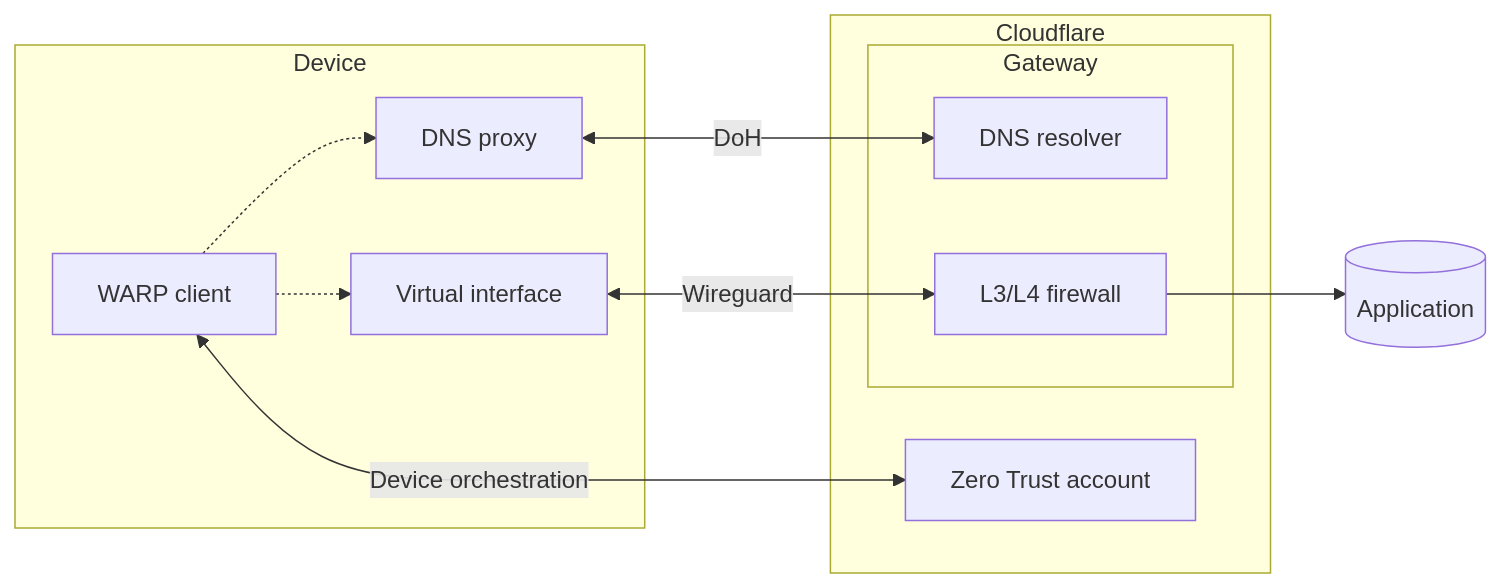
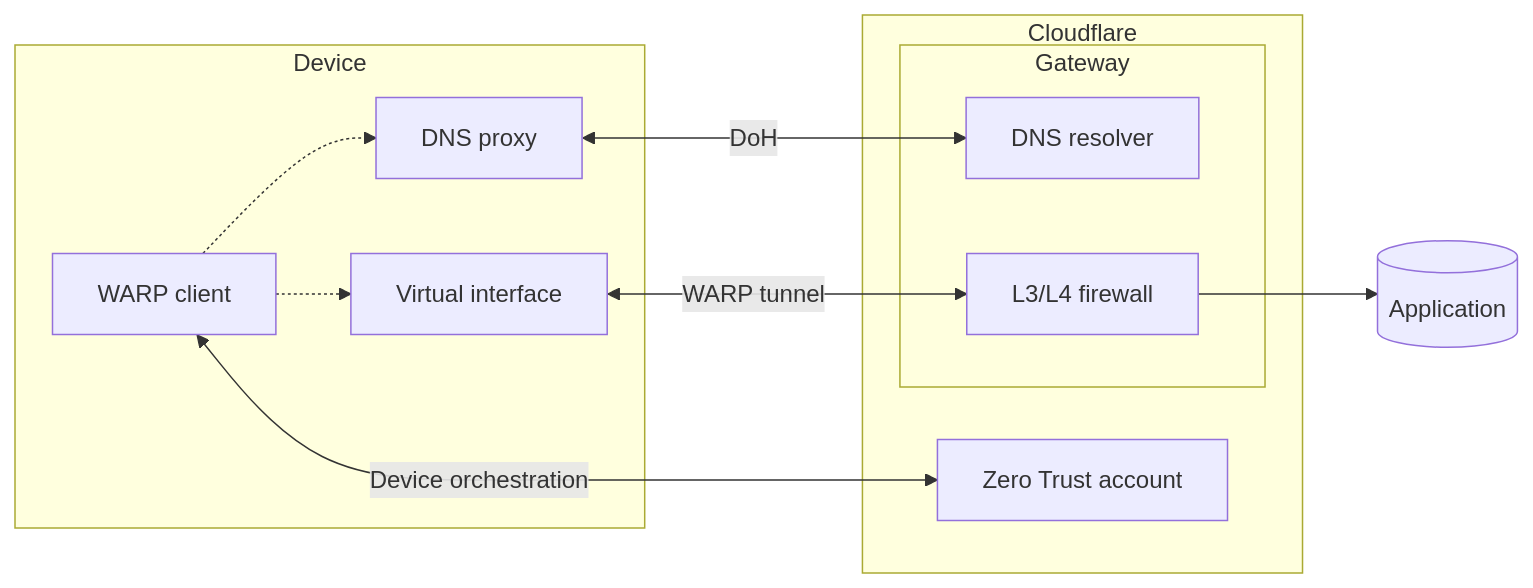
Before and after one commit to rdhanarot/cloudflare-docs: the first of 3 diagrams in content/cloudflare-one/connections/connect-devices/warp/configure-warp/route-traffic/warp-architecture.md, drawn with Mermaid. The commit also changed other lines of this file and 5 other files, not shown here.

````diff
--- a/content/cloudflare-one/connections/connect-devices/warp/configure-warp/route-traffic/warp-architecture.md
+++ b/content/cloudflare-one/connections/connect-devices/warp/configure-warp/route-traffic/warp-architecture.md
@@ -23,19 +23,19 @@
 ```mermaid
 flowchart LR
 subgraph Device
 W[WARP client] -.-> D
 D[DNS proxy]
 W -.-> V[Virtual interface]
 end
 subgraph Cloudflare
 A[Zero Trust account]
 subgraph Gateway
 G[DNS resolver]
 N[L3/L4 firewall]
 end
 end
 W<--Device orchestration-->A
 D<--DoH-->G
-V<--Wireguard-->N
+V<--WARP tunnel-->N
 N --> O[(Application)]
 ```
````
